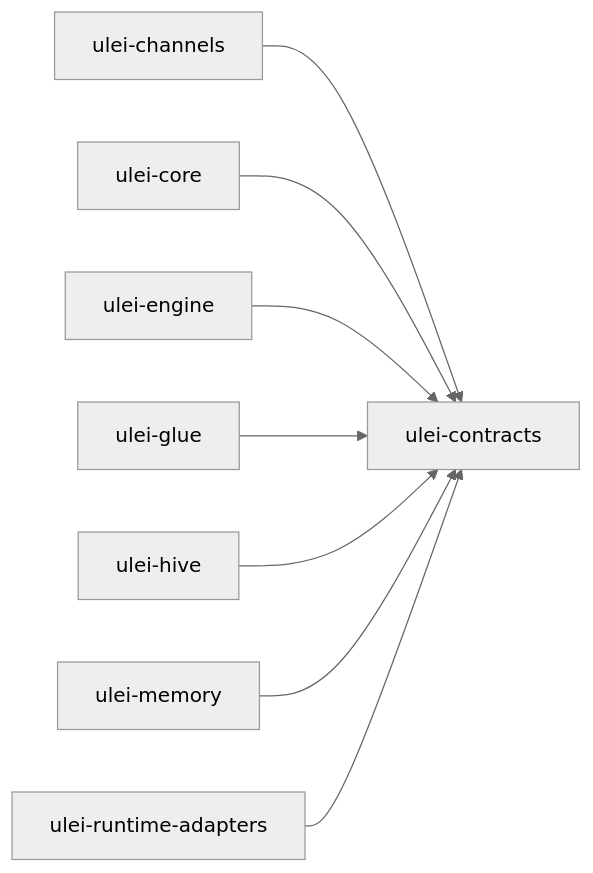
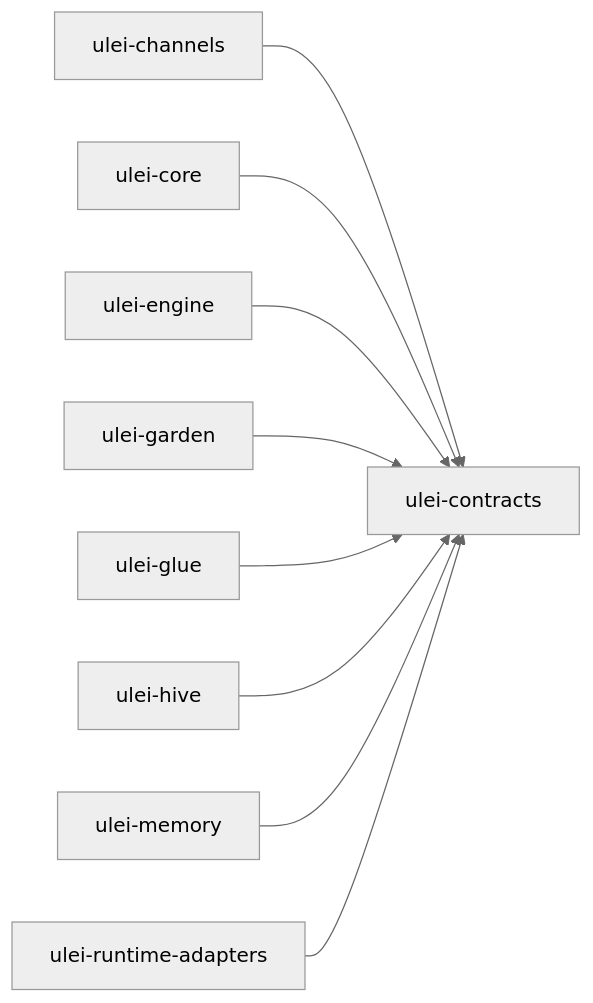
The diagram in docs/architecture/module-map.md (pasekahq/ulei), drawn with Mermaid (neutral theme) before and after one commit. The commit also changed other lines of this file and 7 other files, not shown here.

First line of the commit message:
Add the ulei-garden crate with the garden's shared vocabulary

````diff
--- a/docs/architecture/module-map.md
+++ b/docs/architecture/module-map.md
@@ -22,18 +23,20 @@
 ```mermaid
 graph LR
   ulei_channels["ulei-channels"]
   ulei_contracts["ulei-contracts"]
   ulei_core["ulei-core"]
   ulei_engine["ulei-engine"]
+  ulei_garden["ulei-garden"]
   ulei_glue["ulei-glue"]
   ulei_hive["ulei-hive"]
   ulei_memory["ulei-memory"]
   ulei_runtime_adapters["ulei-runtime-adapters"]
   ulei_channels --> ulei_contracts
   ulei_core --> ulei_contracts
   ulei_engine --> ulei_contracts
+  ulei_garden --> ulei_contracts
   ulei_glue --> ulei_contracts
   ulei_hive --> ulei_contracts
   ulei_memory --> ulei_contracts
   ulei_runtime_adapters --> ulei_contracts
 ```
````
